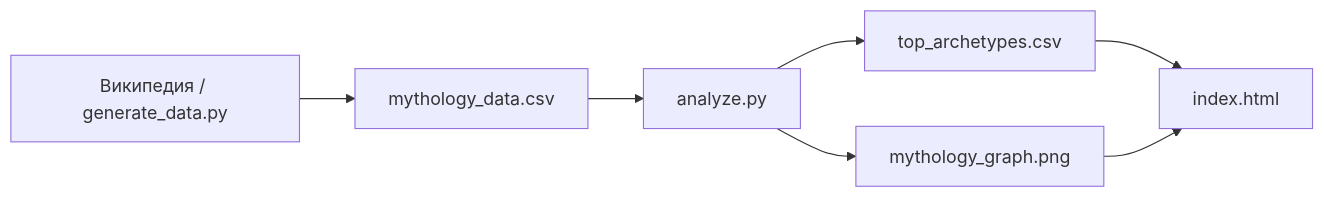
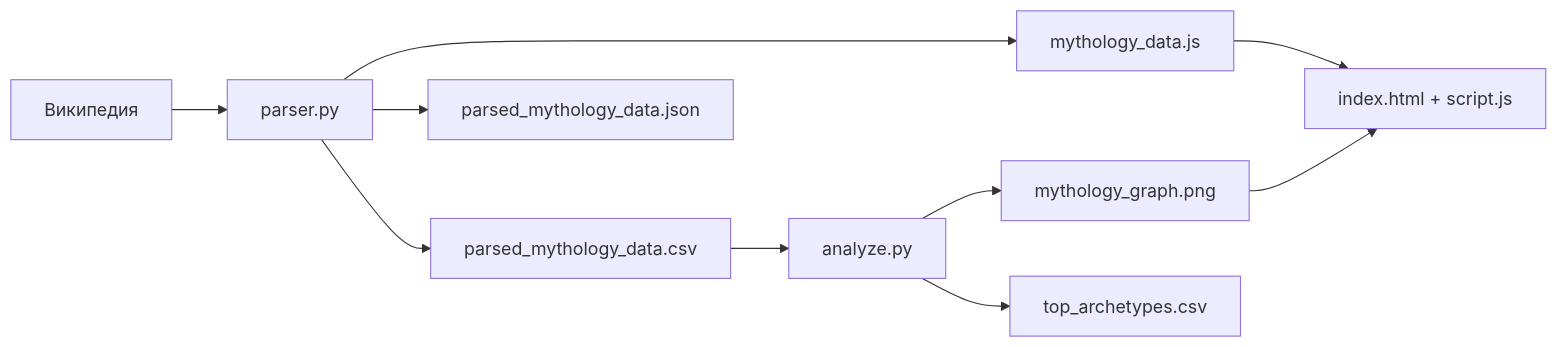
Before and after one commit to msr212129/mythology: the diagram in README.md, drawn with Mermaid. The commit also changed other lines of this file, not shown here.

````diff
--- a/README.md
+++ b/README.md
@@ -109,9 +105,12 @@
 ```mermaid
 flowchart LR
-    A[Википедия / generate_data.py] --> B[mythology_data.csv]
-    B --> C[analyze.py]
-    C --> D[top_archetypes.csv]
-    C --> E[mythology_graph.png]
-    D --> F[index.html]
-    E --> F
+    A[Википедия] --> B[parser.py]
+    B --> C[parsed_mythology_data.csv]
+    B --> D[mythology_data.js]
+    B --> E[parsed_mythology_data.json]
+    C --> F[analyze.py]
+    F --> G[mythology_graph.png]
+    F --> H[top_archetypes.csv]
+    D --> I[index.html + script.js]
+    G --> I
 ```
````
